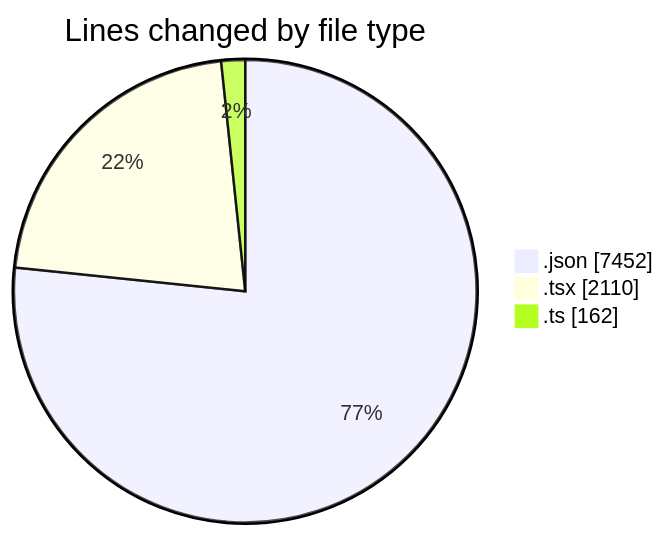
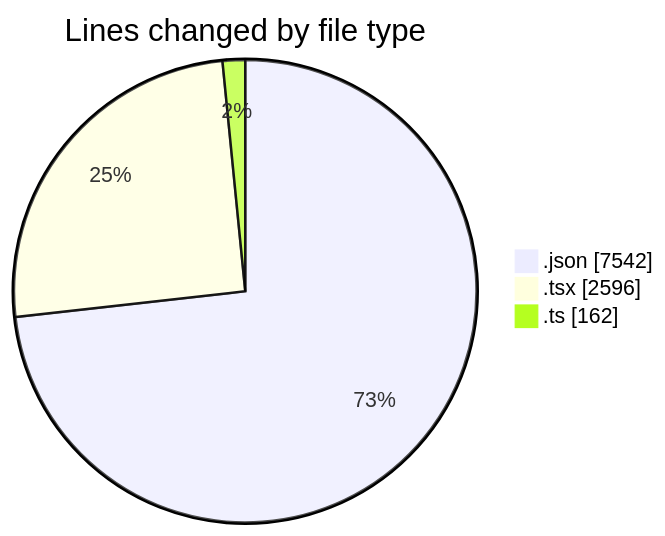
The first of 2 diagrams in 2025-06-10/ecodeli-1/README.md (CELIANVF/code-tracking), drawn with Mermaid before and after one commit. The commit also changed other lines of this file and 1 other file, not shown here.

````diff
--- a/2025-06-10/ecodeli-1/README.md
+++ b/2025-06-10/ecodeli-1/README.md
@@ -29,7 +30,7 @@
 ```mermaid
 pie showData
 title Lines changed by file type
-".json" : 7452
-".tsx" : 2110
+".json" : 7542
+".tsx" : 2596
 ".ts" : 162
 ```
````
